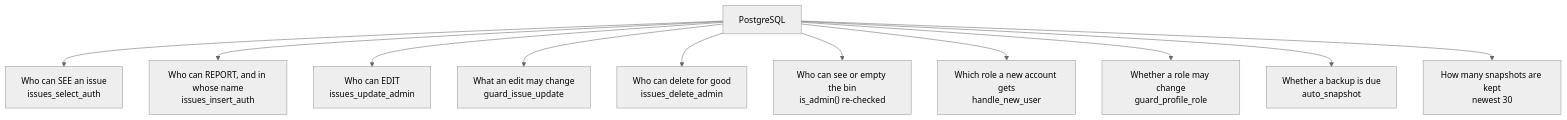
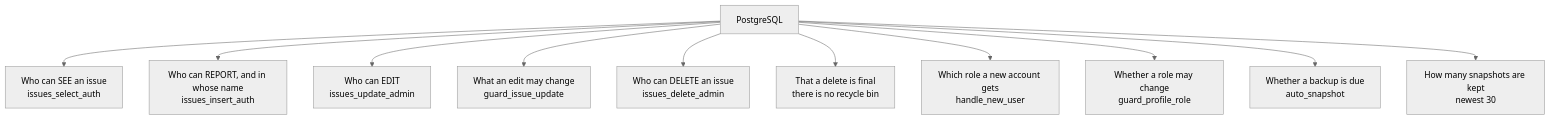
One commit to syasyaAlya/issueTrackers changed diagram 17 of 19 in docs/FLOWCHARTS.md. Above: the diagram before and after it, drawn with Mermaid (neutral theme). The commit also changed other lines of this file and 3 other files, not shown here.

First line of the commit message:
Remove the recycle bin

````diff
--- a/docs/FLOWCHARTS.md
+++ b/docs/FLOWCHARTS.md
@@ -378,15 +365,15 @@
 ```mermaid
 flowchart TD
     DB["PostgreSQL"]
 
     DB --> P1["Who can SEE an issue<br/>issues_select_auth"]
     DB --> P2["Who can REPORT, and in whose name<br/>issues_insert_auth"]
     DB --> P3["Who can EDIT<br/>issues_update_admin"]
     DB --> P4["What an edit may change<br/>guard_issue_update"]
-    DB --> P5["Who can delete for good<br/>issues_delete_admin"]
-    DB --> P6["Who can see or empty the bin<br/>is_admin() re-checked"]
+    DB --> P5["Who can DELETE an issue<br/>issues_delete_admin"]
+    DB --> P6["That a delete is final<br/>there is no recycle bin"]
     DB --> P7["Which role a new account gets<br/>handle_new_user"]
     DB --> P8["Whether a role may change<br/>guard_profile_role"]
     DB --> P9["Whether a backup is due<br/>auto_snapshot"]
     DB --> P10["How many snapshots are kept<br/>newest 30"]
 ```
````
